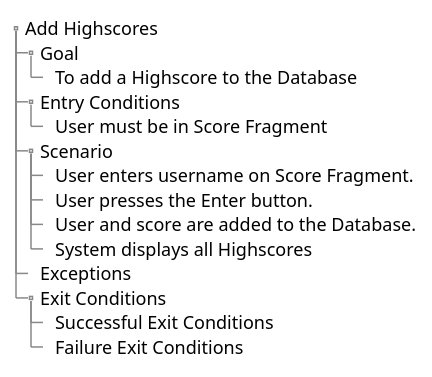
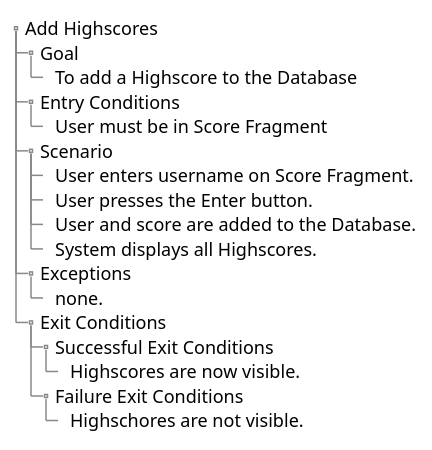
One commit to Barackbar/Reverse_Frogger changed the diagram in app/UML/Use Case Add Highscores.puml. Above: the diagram before and after it, drawn with PlantUML. The commit also changed 10 other files, not shown here.

```diff
--- a/app/UML/Use Case Add Highscores.puml
+++ b/app/UML/Use Case Add Highscores.puml
@@ -1,21 +1,24 @@
 @startuml
 salt
 {
 {T
   +Add Highscores
   ++Goal
   +++To add a Highscore to the Database
   ++Entry Conditions
   +++User must be in Score Fragment
   ++Scenario
   +++User enters username on Score Fragment.
   +++User presses the Enter button.
   +++User and score are added to the Database.
-  +++System displays all Highscores
+  +++System displays all Highscores.
   ++Exceptions
+  +++none.
   ++Exit Conditions
   +++Successful Exit Conditions
+  ++++Highscores are now visible.
   +++Failure Exit Conditions
+  ++++Highschores are not visible.
 }
 }
 @enduml
```
